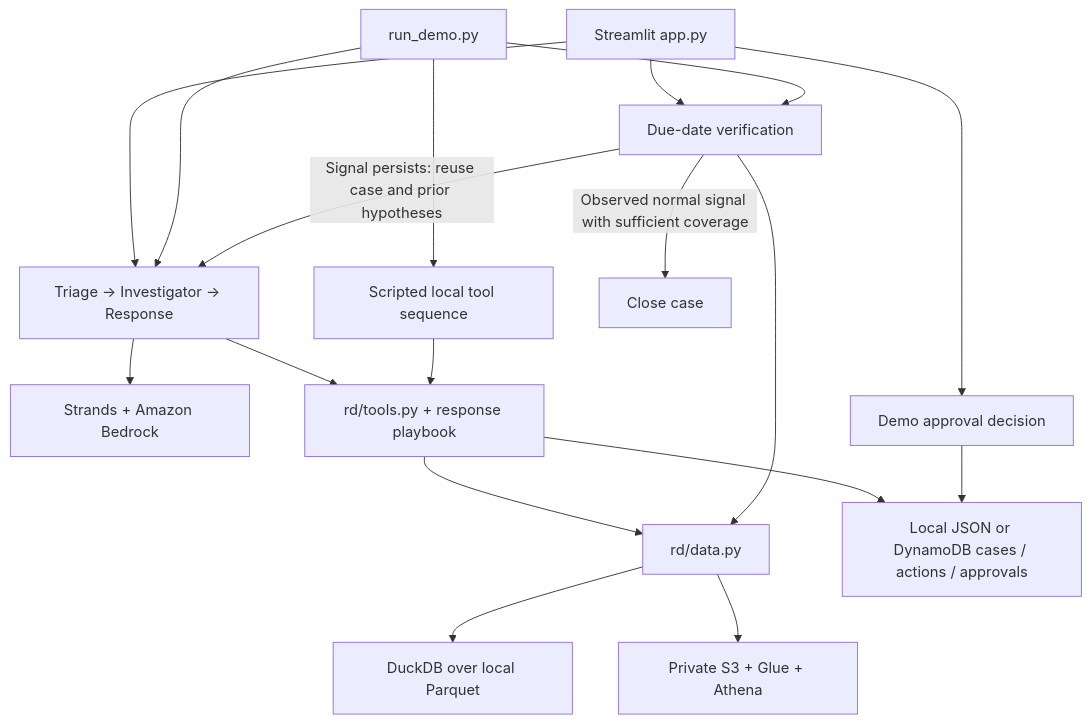
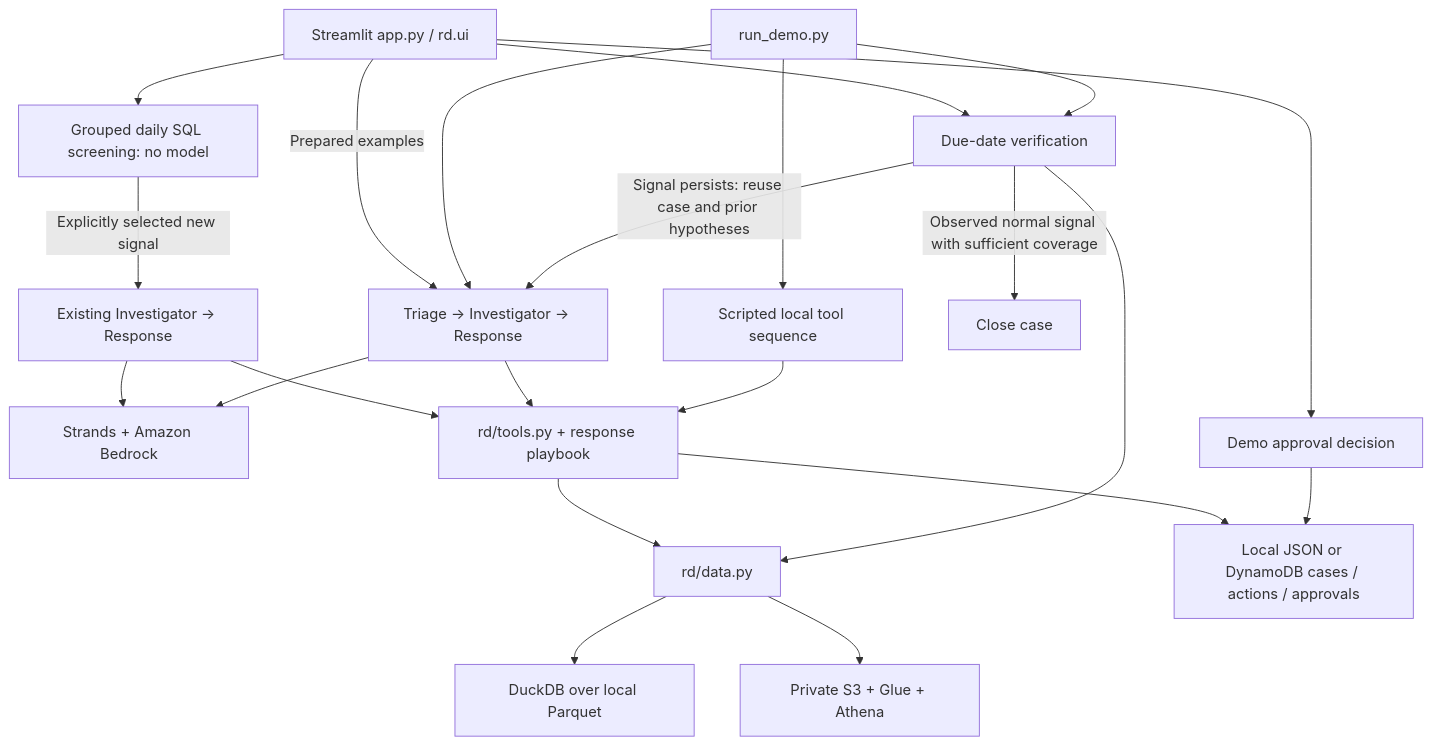
One commit to yszgit/return-detective changed the diagram in docs/ARCHITECTURE.md. Above: the diagram before and after it, drawn with Mermaid. The commit also changed other lines of this file and 11 other files, not shown here.

````diff
--- a/docs/ARCHITECTURE.md
+++ b/docs/ARCHITECTURE.md
@@ -3,20 +3,24 @@
 ```mermaid
 flowchart TD
-    UI[Streamlit app.py] --> Pipeline[Triage → Investigator → Response]
+    UI[Streamlit app.py / rd.ui] --> Daily[Grouped daily SQL screening: no model]
+    Daily -->|Explicitly selected new signal| Review[Existing Investigator → Response]
+    UI -->|Prepared examples| Pipeline[Triage → Investigator → Response]
+    Review --> Model[Strands + Amazon Bedrock]
+    Review --> Tools[rd/tools.py + response playbook]
     CLI[run_demo.py] --> Pipeline
     CLI --> Scripted[Scripted local tool sequence]
     Pipeline --> Model[Strands + Amazon Bedrock]
     Pipeline --> Tools[rd/tools.py + response playbook]
     Scripted --> Tools
     Tools --> Data[rd/data.py]
     Data --> Local[DuckDB over local Parquet]
     Data --> AWS[Private S3 + Glue + Athena]
     Tools --> Store[Local JSON or DynamoDB cases / actions / approvals]
     UI --> Human[Demo approval decision]
     Human --> Store
     UI --> Verify[Due-date verification]
     CLI --> Verify
     Verify --> Data
     Verify -->|Signal persists: reuse case and prior hypotheses| Pipeline
     Verify -->|Observed normal signal with sufficient coverage| Closed[Close case]
 ```
````
